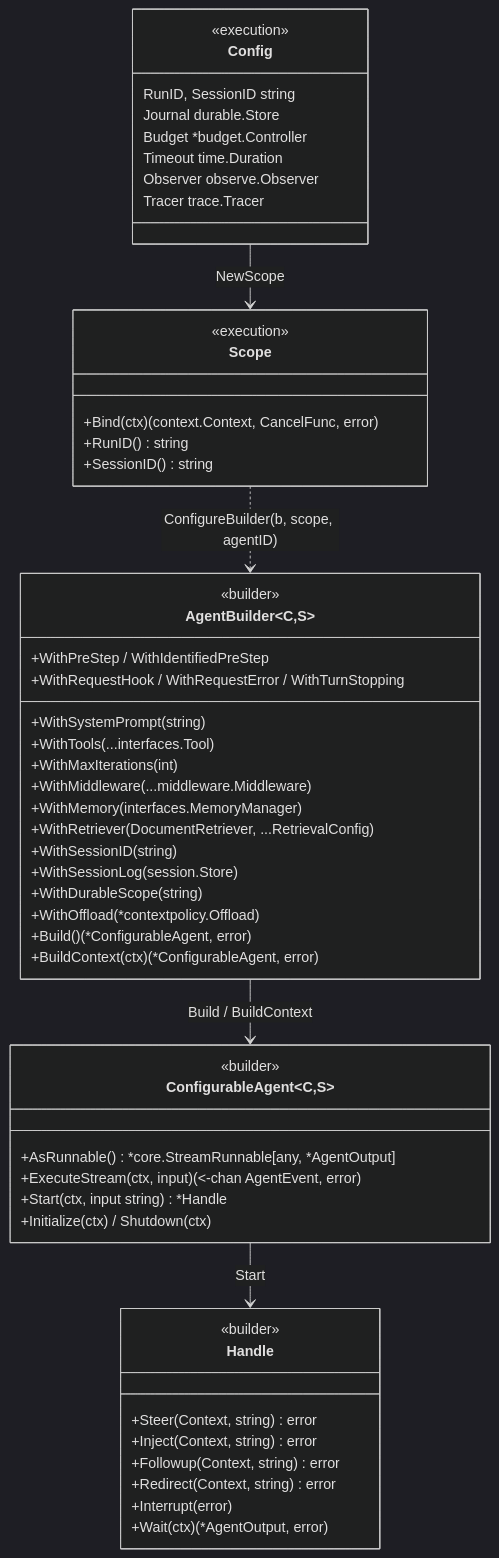
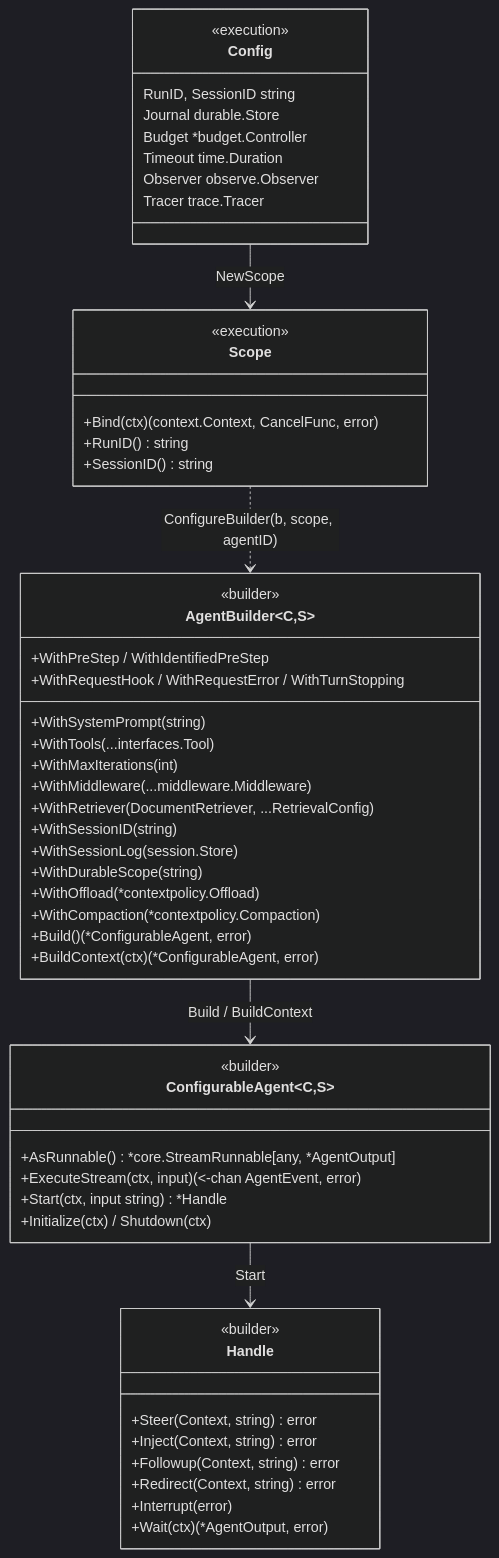
Before and after one commit to kart-io/goagent: the first of 5 diagrams in docs/architecture/COMPONENT_DIAGRAM.md, drawn with Mermaid (dark theme). The commit also changed 31 other files, not shown here.

````diff
--- a/docs/architecture/COMPONENT_DIAGRAM.md
+++ b/docs/architecture/COMPONENT_DIAGRAM.md
@@ -7,55 +7,55 @@
 ```mermaid
 classDiagram
     class AgentBuilder~C,S~ {
         <<builder>>
         +WithSystemPrompt(string)
         +WithTools(...interfaces.Tool)
         +WithMaxIterations(int)
         +WithMiddleware(...middleware.Middleware)
-        +WithMemory(interfaces.MemoryManager)
         +WithRetriever(DocumentRetriever, ...RetrievalConfig)
         +WithSessionID(string)
         +WithSessionLog(session.Store)
         +WithDurableScope(string)
         +WithPreStep / WithIdentifiedPreStep
         +WithRequestHook / WithRequestError / WithTurnStopping
         +WithOffload(*contextpolicy.Offload)
+        +WithCompaction(*contextpolicy.Compaction)
         +Build() (*ConfigurableAgent, error)
         +BuildContext(ctx) (*ConfigurableAgent, error)
     }
     class ConfigurableAgent~C,S~ {
         <<builder>>
         +AsRunnable() *core.StreamRunnable[any, *AgentOutput]
         +ExecuteStream(ctx, input) (<-chan AgentEvent, error)
         +Start(ctx, input string) *Handle
         +Initialize(ctx) / Shutdown(ctx)
     }
     class Handle {
         <<builder>>
         +Steer(Context, string) error
         +Inject(Context, string) error
         +Followup(Context, string) error
         +Redirect(Context, string) error
         +Interrupt(error)
         +Wait(ctx) (*AgentOutput, error)
     }
     class Scope {
         <<execution>>
         +Bind(ctx) (context.Context, CancelFunc, error)
         +RunID() string
         +SessionID() string
     }
     class Config {
         <<execution>>
         RunID, SessionID string
         Journal durable.Store
         Budget *budget.Controller
         Timeout time.Duration
         Observer observe.Observer
         Tracer trace.Tracer
     }
     AgentBuilder --> ConfigurableAgent : Build / BuildContext
     ConfigurableAgent --> Handle : Start
     Config --> Scope : NewScope
     Scope ..> AgentBuilder : ConfigureBuilder(b, scope, agentID)
 ```
````
